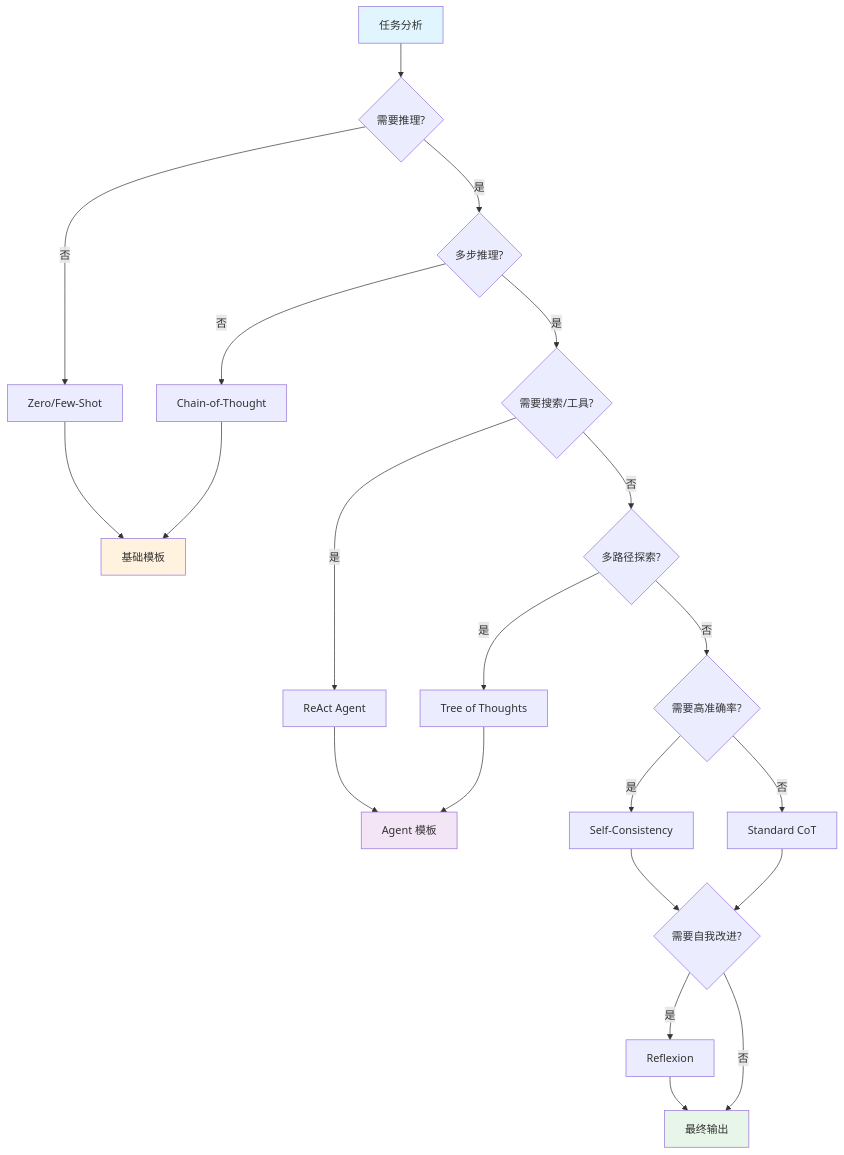
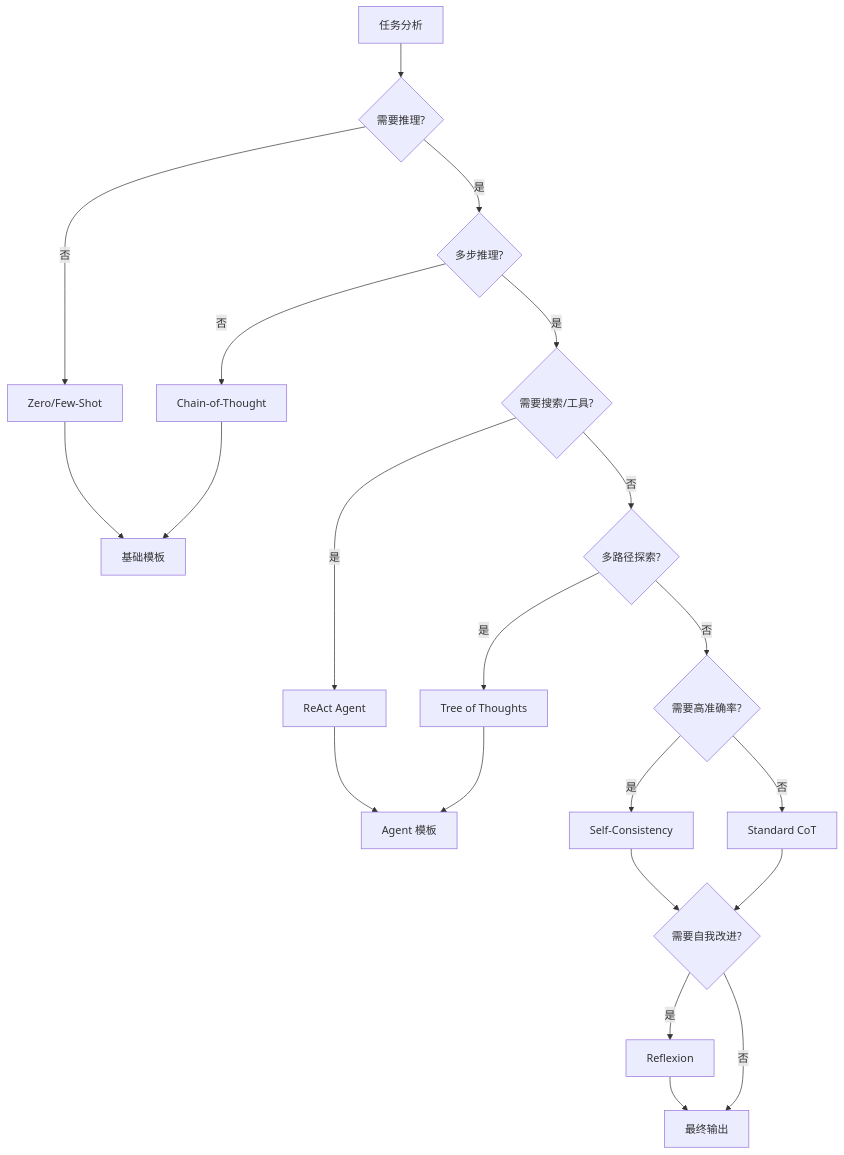
Before and after one commit to yuexiaoliang/prompt-engineering-learning: the sixth of 8 diagrams in 03-reasoning-zh.md, drawn with Mermaid. The commit also changed other lines of this file, not shown here.

Commit message:
fix: remove hardcoded fill colors from Mermaid charts for light/dark theme auto-adaptation

````diff
--- a/03-reasoning-zh.md
+++ b/03-reasoning-zh.md
@@ -647,34 +627,30 @@
 ```mermaid
 flowchart TD
     A[任务分析] --> B{需要推理?}
     B -->|否| C[Zero/Few-Shot]
     B -->|是| D{多步推理?}
 
     D -->|否| E[Chain-of-Thought]
     D -->|是| F{需要搜索/工具?}
 
     F -->|是| G[ReAct Agent]
     F -->|否| H{多路径探索?}
 
     H -->|是| I[Tree of Thoughts]
     H -->|否| J{需要高准确率?}
 
     J -->|是| K[Self-Consistency]
     J -->|否| L[Standard CoT]
 
     K --> M{需要自我改进?}
     L --> M
     M -->|是| N[Reflexion]
     M -->|否| O[最终输出]
     N --> O
 
     C --> P[基础模板]
     E --> P
     G --> Q[Agent 模板]
     I --> Q
 
-    style A fill:#e1f5fe
-    style O fill:#e8f5e9
-    style P fill:#fff3e0
-    style Q fill:#f3e5f5
 ```
````
